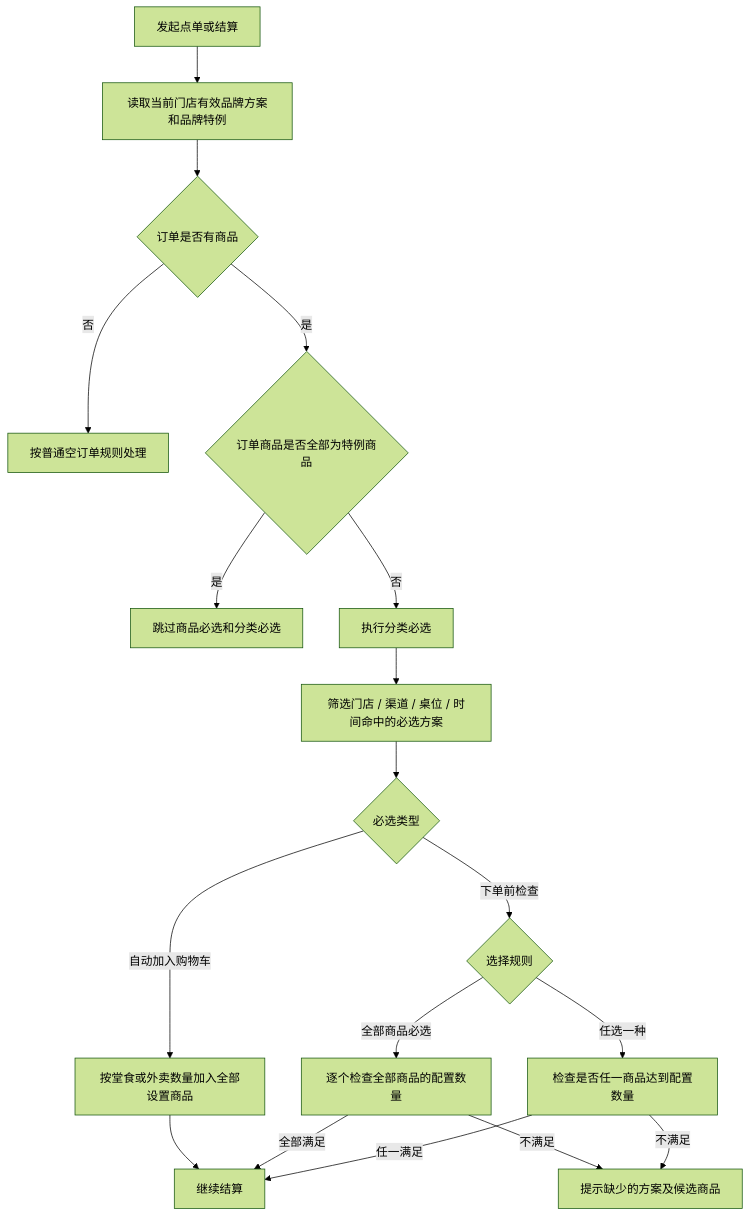
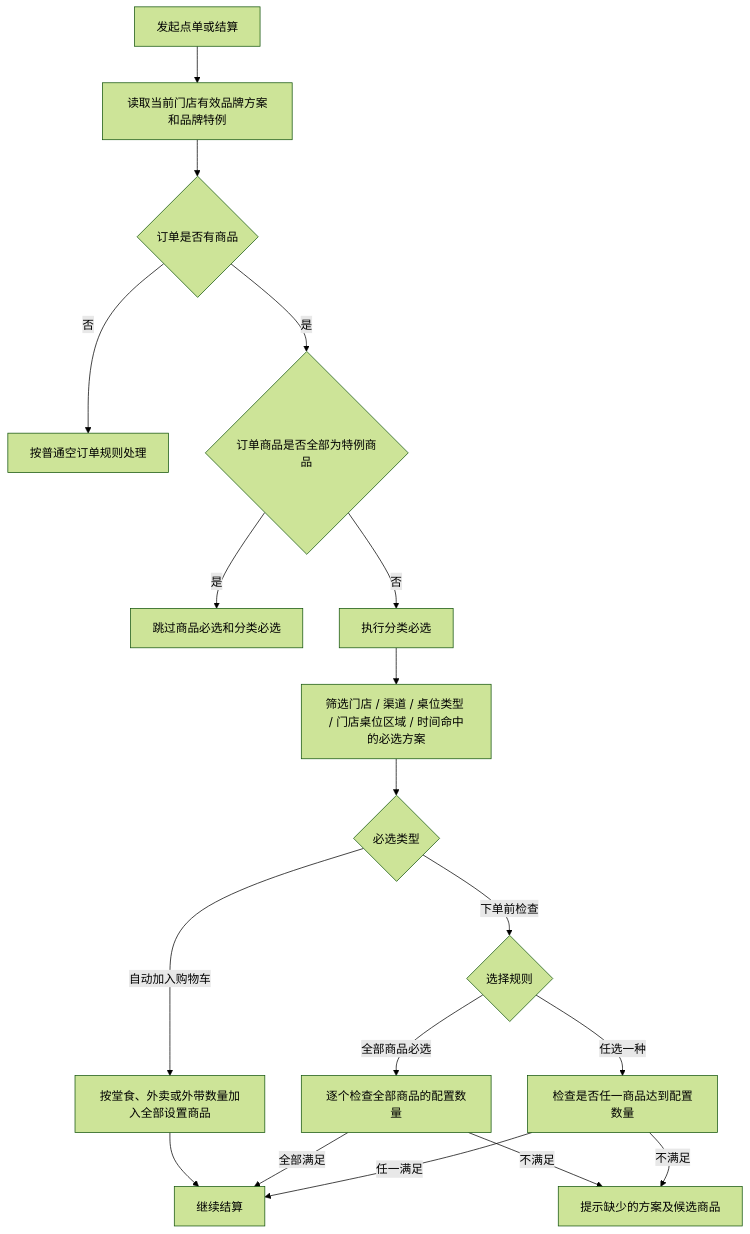
One commit to honmeytown10-code/product-center changed the third of 3 diagrams in docs/需求文档/必选商品/P01-必选商品方案与门店执行.md. Above: the diagram before and after it, drawn with Mermaid (forest theme). The commit also changed other lines of this file and 11 other files, not shown here.

````diff
--- a/docs/需求文档/必选商品/P01-必选商品方案与门店执行.md
+++ b/docs/需求文档/必选商品/P01-必选商品方案与门店执行.md
@@ -95,20 +96,20 @@
 ```mermaid
 flowchart TD
   A[发起点单或结算] --> B[读取当前门店有效品牌方案和品牌特例]
   B --> C{订单是否有商品}
   C -- 否 --> Z[按普通空订单规则处理]
   C -- 是 --> D{订单商品是否全部为特例商品}
   D -- 是 --> Y[跳过商品必选和分类必选]
   D -- 否 --> E[执行分类必选]
-  E --> F[筛选门店 / 渠道 / 桌位 / 时间命中的必选方案]
+  E --> F[筛选门店 / 渠道 / 桌位类型 / 门店桌位区域 / 时间命中的必选方案]
   F --> G{必选类型}
-  G -- 自动加入购物车 --> H[按堂食或外卖数量加入全部设置商品]
+  G -- 自动加入购物车 --> H[按堂食、外卖或外带数量加入全部设置商品]
   G -- 下单前检查 --> I{选择规则}
   I -- 全部商品必选 --> L[逐个检查全部商品的配置数量]
   I -- 任选一种 --> M[检查是否任一商品达到配置数量]
   H --> J[继续结算]
   L -- 全部满足 --> J
   M -- 任一满足 --> J
   L -- 不满足 --> K[提示缺少的方案及候选商品]
   M -- 不满足 --> K
 ```
````
